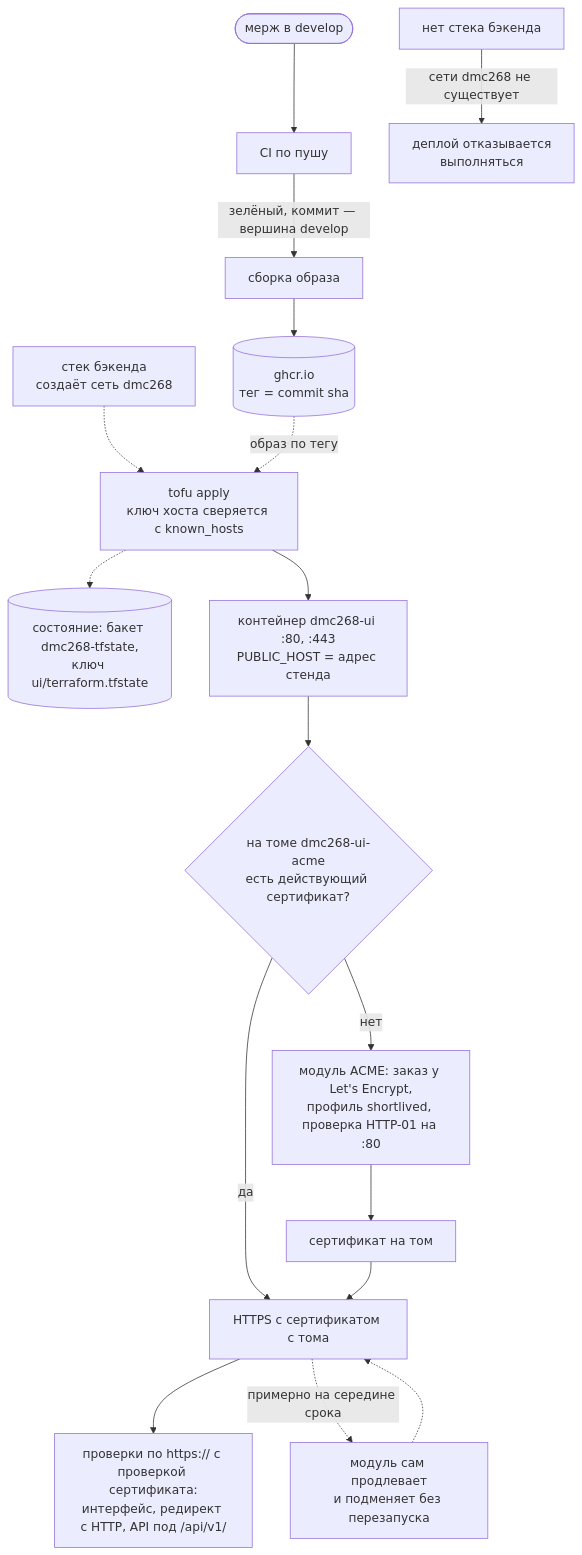
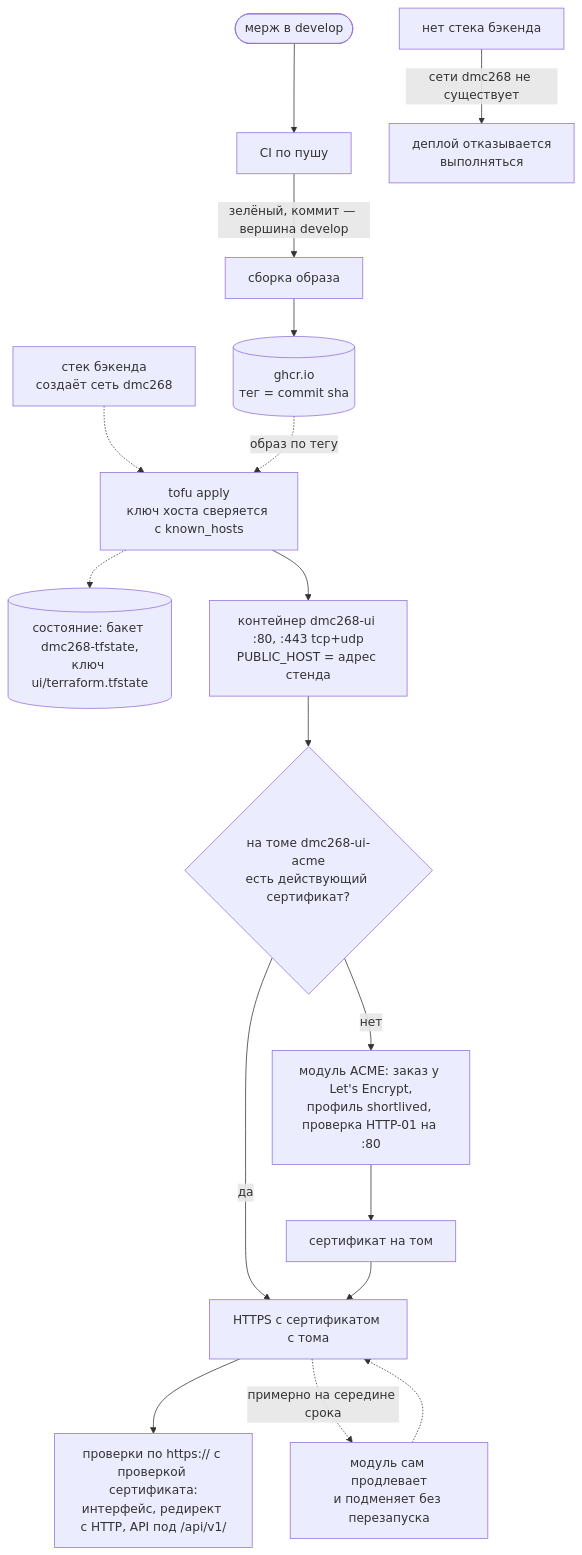
The first of 3 diagrams in infra/README.md (larchanka-training/dmc-268-ui-t1), drawn with Mermaid before and after one commit. The commit also changed other lines of this file and 14 other files, not shown here.

````diff
--- a/infra/README.md
+++ b/infra/README.md
@@ -11,18 +11,18 @@
 ```mermaid
 flowchart TD
     be["стек бэкенда<br/>создаёт сеть dmc268"] -.-> apply
     merge([мерж в develop]) --> ci["CI по пушу"]
     ci -- "зелёный, коммит — вершина develop" --> img["сборка образа"]
     img --> ghcr[("ghcr.io<br/>тег = commit sha")]
     ghcr -. "образ по тегу" .-> apply["tofu apply<br/>ключ хоста сверяется с known_hosts"]
     apply -.-> state[("состояние: бакет dmc268-tfstate,<br/>ключ ui/terraform.tfstate")]
-    apply --> ui["контейнер dmc268-ui :80, :443<br/>PUBLIC_HOST = адрес стенда"]
+    apply --> ui["контейнер dmc268-ui :80, :443 tcp+udp<br/>PUBLIC_HOST = адрес стенда"]
     ui --> vol{"на томе dmc268-ui-acme<br/>есть действующий сертификат?"}
     vol -- "да" --> serve["HTTPS с сертификатом с тома"]
     vol -- "нет" --> le["модуль ACME: заказ у Let's Encrypt,<br/>профиль shortlived, проверка HTTP-01 на :80"]
     le --> save["сертификат на том"] --> serve
     serve --> check["проверки по https:// с проверкой сертификата:<br/>интерфейс, редирект с HTTP, API под /api/v1/"]
     serve -. "примерно на середине срока" .-> renew["модуль сам продлевает<br/>и подменяет без перезапуска"]
     renew -.-> serve
     nobe["нет стека бэкенда"] -- "сети dmc268 не существует" --> fail["деплой отказывается<br/>выполняться"]
 ```
````
